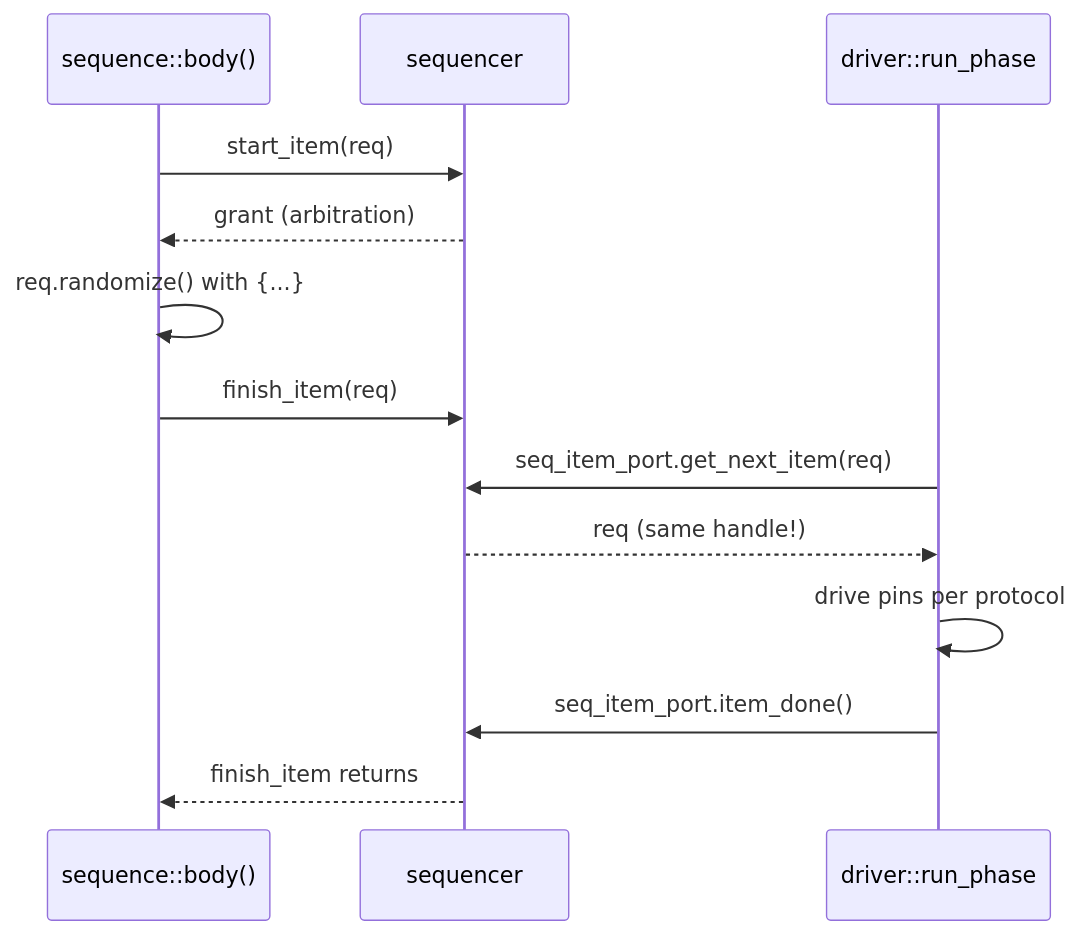
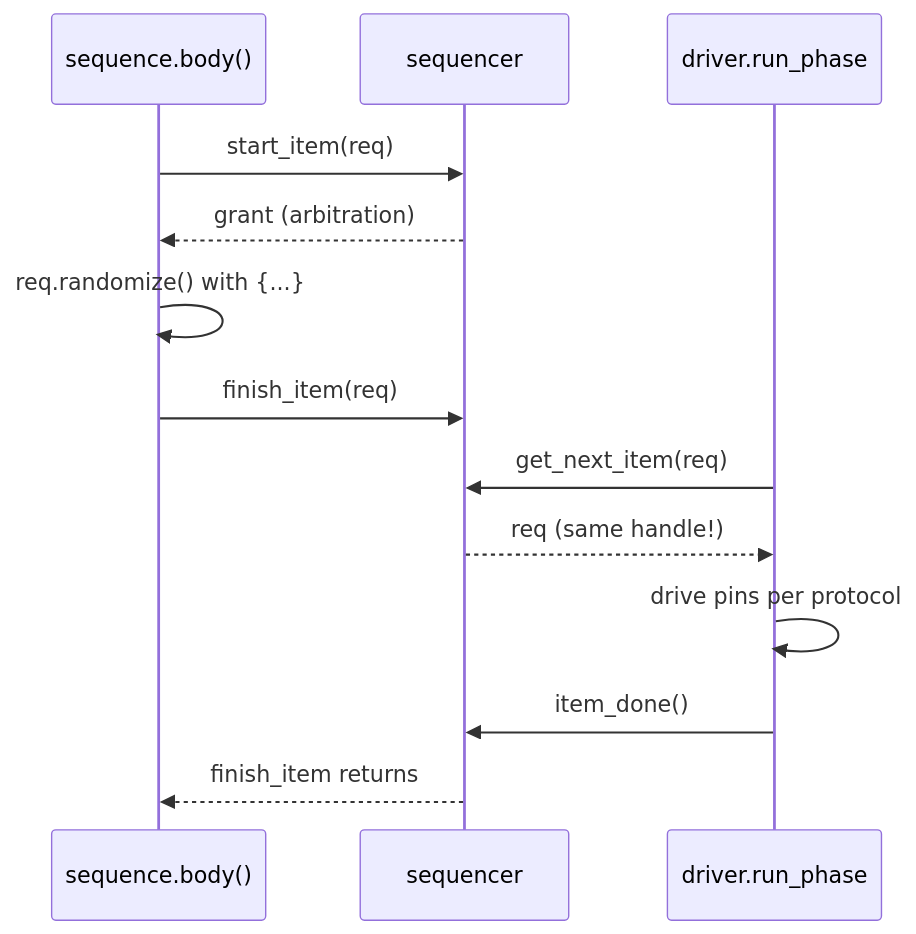
One commit to Wty2003328/silicon-design-notebook changed the second of 2 diagrams in 03_Frontend_RTL_and_Verification/10_UVM_Methodology.md. Above: the diagram before and after it, drawn with Mermaid. The commit also changed other lines of this file and 22 other files, not shown here.

Commit message:
Concept-first hard rework complete: all 48 architecture/design pages (trimmed signal dumps; added trade-off analysis + theoretical depth)

````diff
--- a/03_Frontend_RTL_and_Verification/10_UVM_Methodology.md
+++ b/03_Frontend_RTL_and_Verification/10_UVM_Methodology.md
@@ -126,16 +255,16 @@
 ```mermaid
 %%{init: {"flowchart": {"defaultRenderer": "elk", "nodeSpacing": 60, "rankSpacing": 60, "htmlLabels": false}}}%%
 sequenceDiagram
-    participant S as sequence::body()
+    participant S as sequence.body()
     participant Q as sequencer
-    participant D as driver::run_phase
-    S->>Q: start_item(req)         
+    participant D as driver.run_phase
+    S->>Q: start_item(req)
     Q-->>S: grant (arbitration)
     S->>S: req.randomize() with {...}
     S->>Q: finish_item(req)
-    D->>Q: seq_item_port.get_next_item(req)
+    D->>Q: get_next_item(req)
     Q-->>D: req (same handle!)
     D->>D: drive pins per protocol
-    D->>Q: seq_item_port.item_done()
+    D->>Q: item_done()
     Q-->>S: finish_item returns
 ```
````
